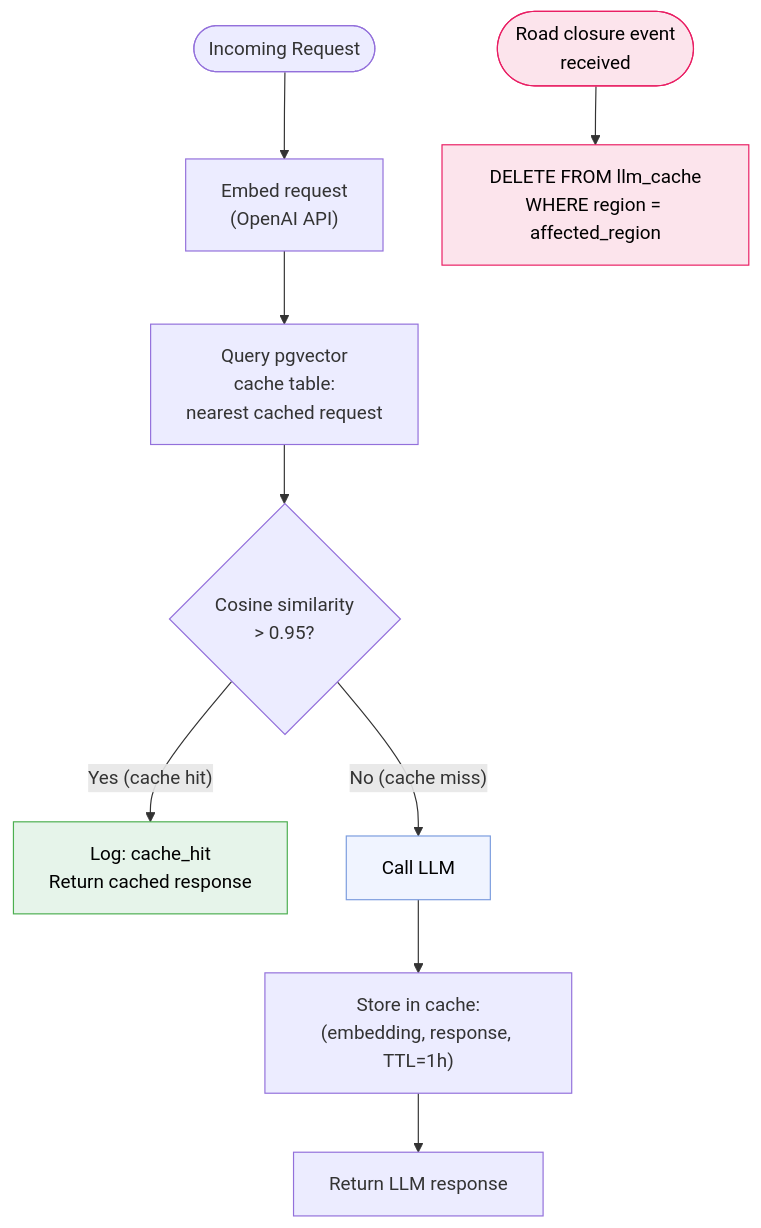
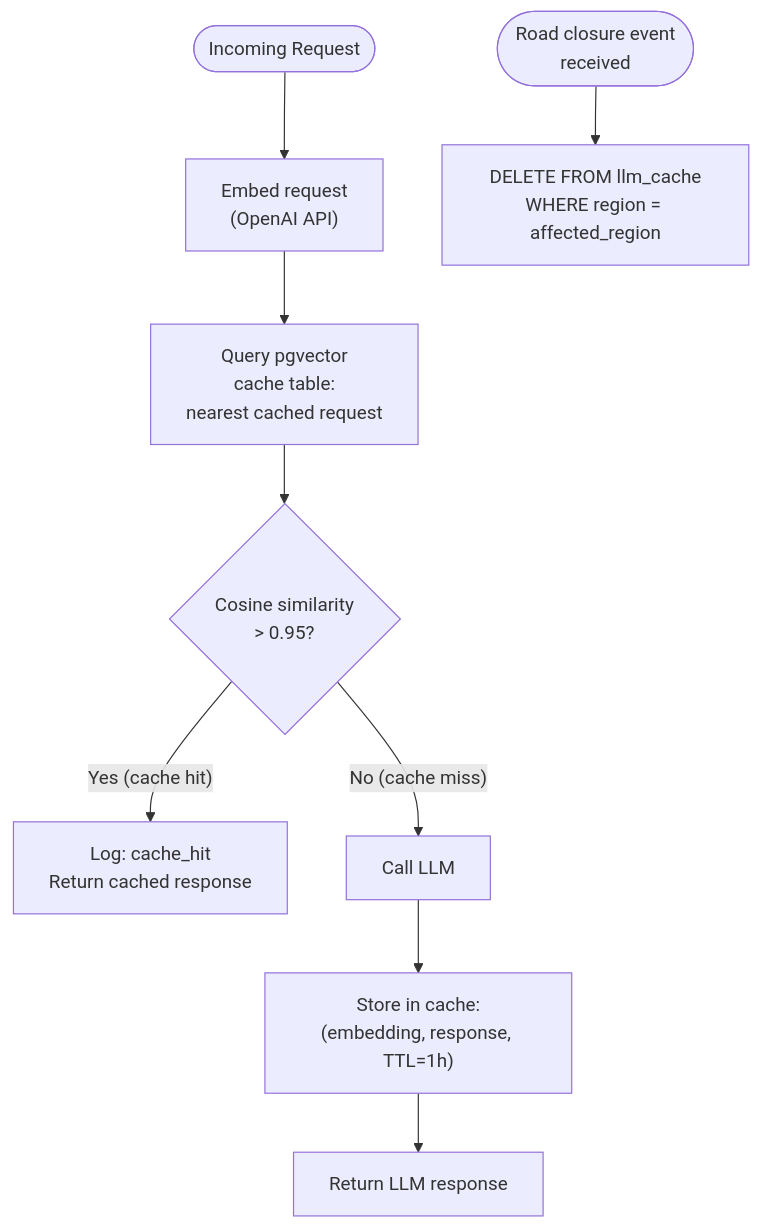
Before and after one commit to bchassoul/notes: diagram 19 of 24 in docs/notes/genstage-broadway-ai.md, drawn with Mermaid. The commit also changed other lines of this file and 9 other files, not shown here.

Commit message:
Add diagrams and visual improvements across all notes

````diff
--- a/docs/notes/genstage-broadway-ai.md
+++ b/docs/notes/genstage-broadway-ai.md
@@ -1706,19 +1683,15 @@
 ```mermaid
 flowchart TD
     REQ(["Incoming Request"]) --> EMBED["Embed request\n(OpenAI API)"]
     EMBED --> SEARCH["Query pgvector\ncache table:\nnearest cached request"]
     SEARCH --> CHECK{"Cosine similarity\n> 0.95?"}
 
     CHECK -->|"Yes (cache hit)"| LOG["Log: cache_hit\nReturn cached response"]
     CHECK -->|"No (cache miss)"| LLM["Call LLM"]
 
     LLM --> STORE["Store in cache:\n(embedding, response, TTL=1h)"]
     STORE --> RETURN["Return LLM response"]
 
     INVALIDATE(["Road closure event\nreceived"]) --> DELETE["DELETE FROM llm_cache\nWHERE region = affected_region"]
 
-    style LOG fill:#e6f4ea,stroke:#4caf50,color:#000
-    style LLM fill:#f0f4ff,stroke:#7b9cde,color:#000
-    style INVALIDATE fill:#fce4ec,stroke:#e91e63,color:#000
-    style DELETE fill:#fce4ec,stroke:#e91e63,color:#000
 ```
````
